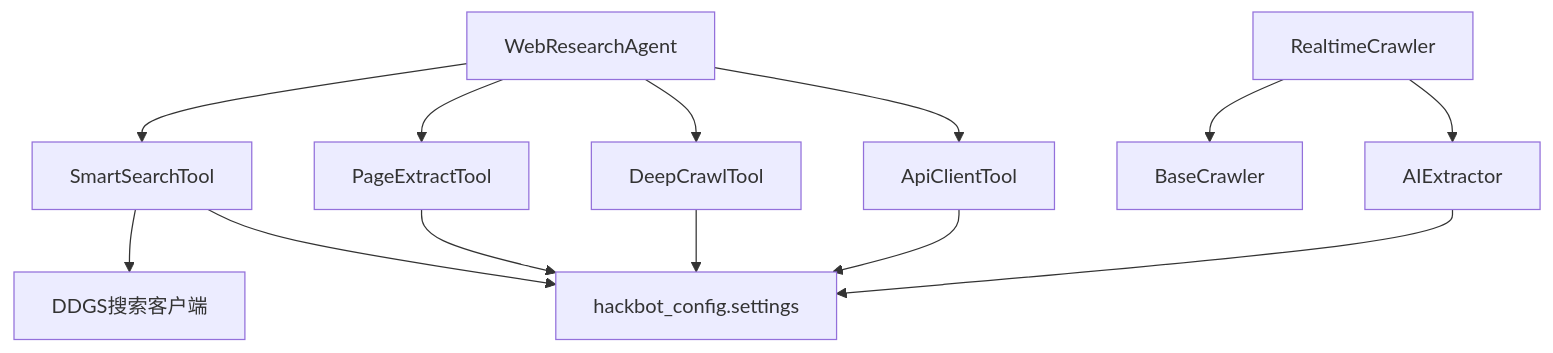
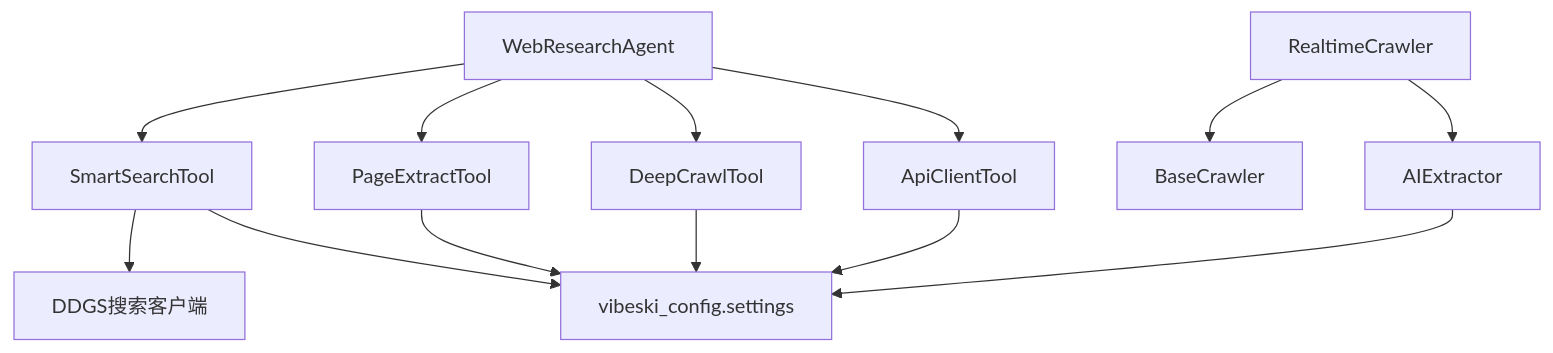
One commit to crabin/VIBESKI changed diagram 11 of 11 in .qoder/repowiki/zh/content/智能体系统/Web研究智能体.md. Above: the diagram before and after it, drawn with Mermaid. The commit also changed other lines of this file and 170 other files, not shown here.

Commit message:
chore: rename all secbot/hackbot identifiers to vibeski

````diff
--- a/.qoder/repowiki/zh/content/智能体系统/Web研究智能体.md
+++ b/.qoder/repowiki/zh/content/智能体系统/Web研究智能体.md
@@ -398,15 +398,15 @@
 ```mermaid
 graph TB
 WRA["WebResearchAgent"] --> SST["SmartSearchTool"]
 WRA --> PXT["PageExtractTool"]
 WRA --> DCT["DeepCrawlTool"]
 WRA --> ACT["ApiClientTool"]
 SST --> DDGS["DDGS搜索客户端"]
-PXT --> CFG["hackbot_config.settings"]
+PXT --> CFG["vibeski_config.settings"]
 DCT --> CFG
 ACT --> CFG
 SST --> CFG
 RTC["RealtimeCrawler"] --> BC["BaseCrawler"]
 RTC --> AIEX["AIExtractor"]
 AIEX --> CFG
 ```
````
